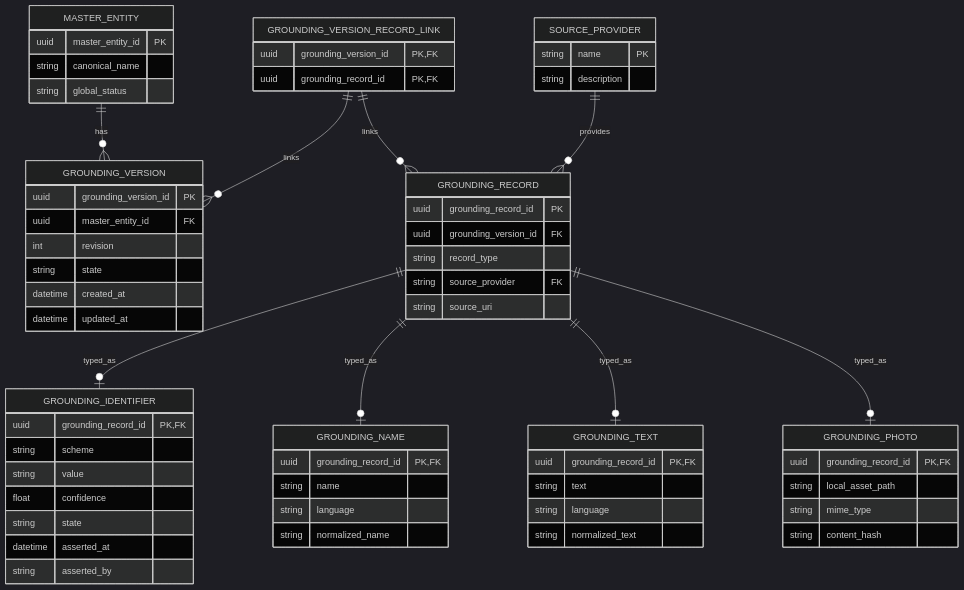
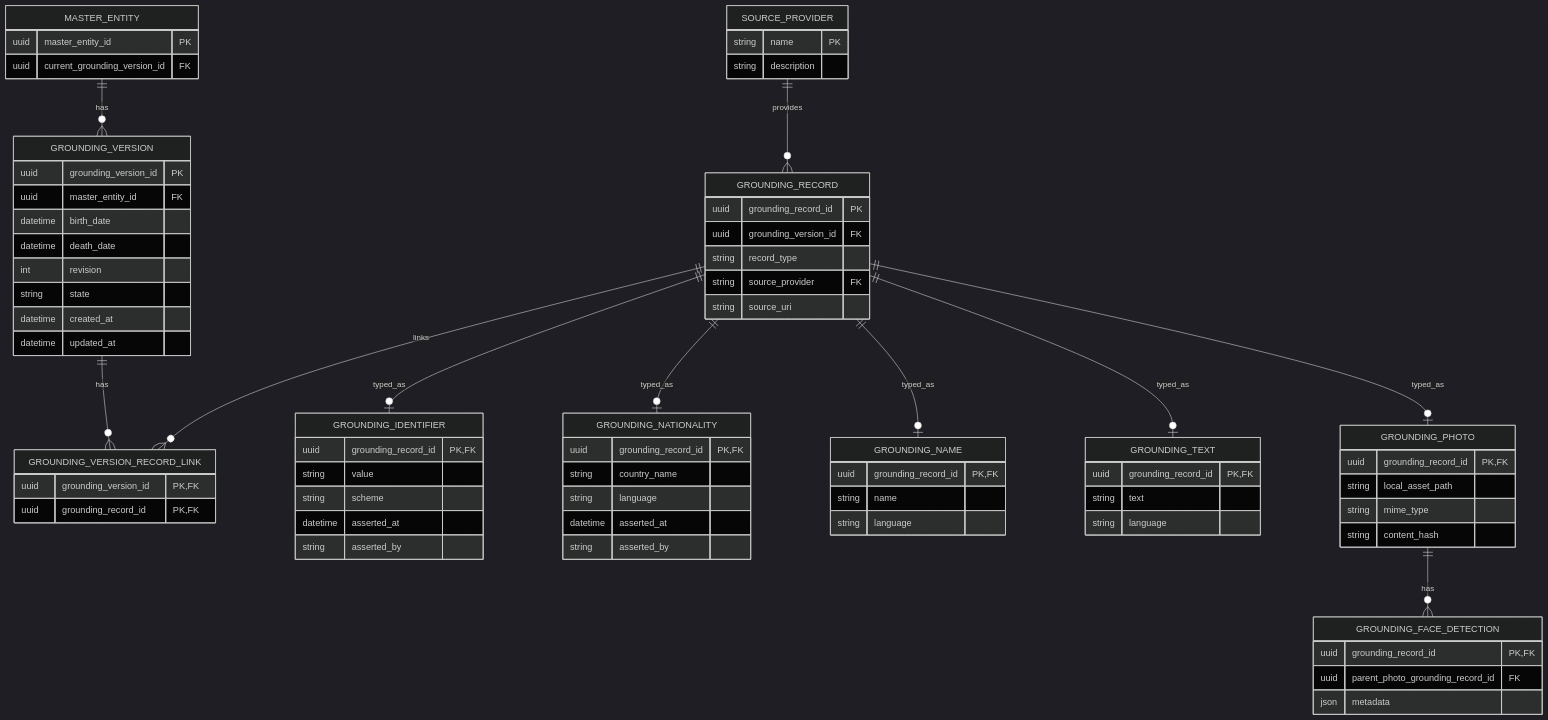
Before and after one commit to DCGM/PeopleGatorApp: the first of 4 diagrams in people-gator-api/docs/02-entity-relations.md, drawn with Mermaid (dark theme).

Commit message:
Refactor entity-relationship diagrams; update relationships and add new fields for grounding records

````diff
--- a/people-gator-api/docs/02-entity-relations.md
+++ b/people-gator-api/docs/02-entity-relations.md
@@ -7,25 +7,27 @@
 ```mermaid
 erDiagram
       MASTER_ENTITY ||--o{ GROUNDING_VERSION : has
-      GROUNDING_VERSION_RECORD_LINK ||--o{ GROUNDING_VERSION : links
-      GROUNDING_VERSION_RECORD_LINK ||--o{ GROUNDING_RECORD : links
+      GROUNDING_VERSION ||--o{ GROUNDING_VERSION_RECORD_LINK : has
+      GROUNDING_RECORD ||--o{ GROUNDING_VERSION_RECORD_LINK : links
       GROUNDING_RECORD ||--o| GROUNDING_IDENTIFIER : typed_as
+      GROUNDING_RECORD ||--o| GROUNDING_NATIONALITY : typed_as
       GROUNDING_RECORD ||--o| GROUNDING_NAME : typed_as
       GROUNDING_RECORD ||--o| GROUNDING_TEXT : typed_as
       GROUNDING_RECORD ||--o| GROUNDING_PHOTO : typed_as
+      GROUNDING_PHOTO ||--o{ GROUNDING_FACE_DETECTION : has
 
       SOURCE_PROVIDER ||--o{ GROUNDING_RECORD : provides
 
-
       MASTER_ENTITY {
          uuid master_entity_id PK
-         string canonical_name
-         string global_status
+         uuid current_grounding_version_id FK
       }
 
       GROUNDING_VERSION {
          uuid grounding_version_id PK
          uuid master_entity_id FK
+         datetime  birth_date
+         datetime  death_date
          int revision
          string state
          datetime created_at
@@ -47,10 +49,16 @@
 
       GROUNDING_IDENTIFIER {
          uuid grounding_record_id PK, FK
+         string value
          string scheme
-         string value
-         float confidence
-         string state
+         datetime asserted_at
+         string asserted_by
+      }
+
+      GROUNDING_NATIONALITY {
+         uuid grounding_record_id PK, FK
+         string country_name
+         string language
          datetime asserted_at
          string asserted_by
       }
@@ -59,14 +67,12 @@
          uuid grounding_record_id PK, FK
          string name
          string language
-         string normalized_name
       }
 
       GROUNDING_TEXT {
          uuid grounding_record_id PK, FK
          string text
          string language
-         string normalized_text
       }
 
       GROUNDING_PHOTO {
@@ -76,6 +82,12 @@
          string content_hash
       }
 
+      GROUNDING_FACE_DETECTION {
+         uuid grounding_record_id PK, FK
+         uuid parent_photo_grounding_record_id FK
+         json metadata
+      }
+
       SOURCE_PROVIDER {
          string name PK
          string description
````
